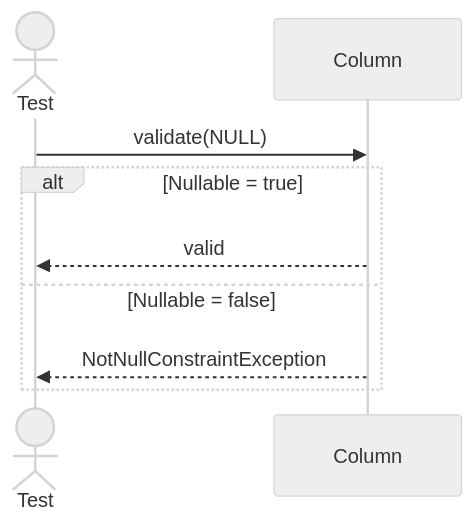
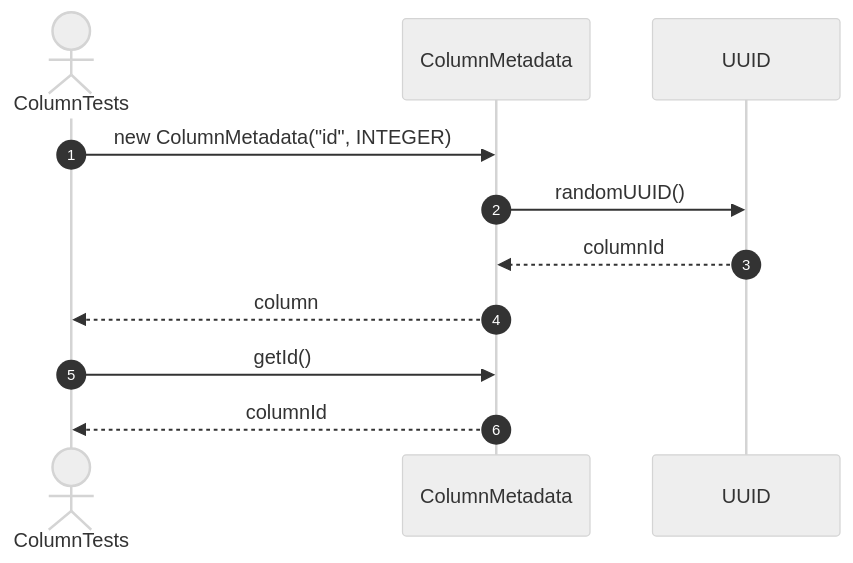
One commit to FhuAnn/-bbv-AN-s-DBMS changed the second of 18 diagrams in src/tests/unit/metadata/sequences/columns-testing.se.md. Above: the diagram before and after it, drawn with Mermaid (neutral theme). The commit also changed other lines of this file and 60 other files, not shown here.

Commit message:
refactor data table, row, column, constraint, index test file

````diff
--- a/src/tests/unit/metadata/sequences/columns-testing.se.md
+++ b/src/tests/unit/metadata/sequences/columns-testing.se.md
@@ -21,13 +24,15 @@
 ```mermaid
 sequenceDiagram
-actor Test
-participant Column
+    autonumber
+    actor Test as ColumnTests
+    participant Column as ColumnMetadata
+    participant UUID as UUID
 
-Test->>Column: validate(NULL)
+    Test->>Column: new ColumnMetadata("id", INTEGER)
+    Column->>UUID: randomUUID()
+    UUID-->>Column: columnId
+    Column-->>Test: column
 
-alt Nullable = true
-    Column-->>Test: valid
-else Nullable = false
-    Column-->>Test: NotNullConstraintException
-end
+    Test->>Column: getId()
+    Column-->>Test: columnId
 ```
````
